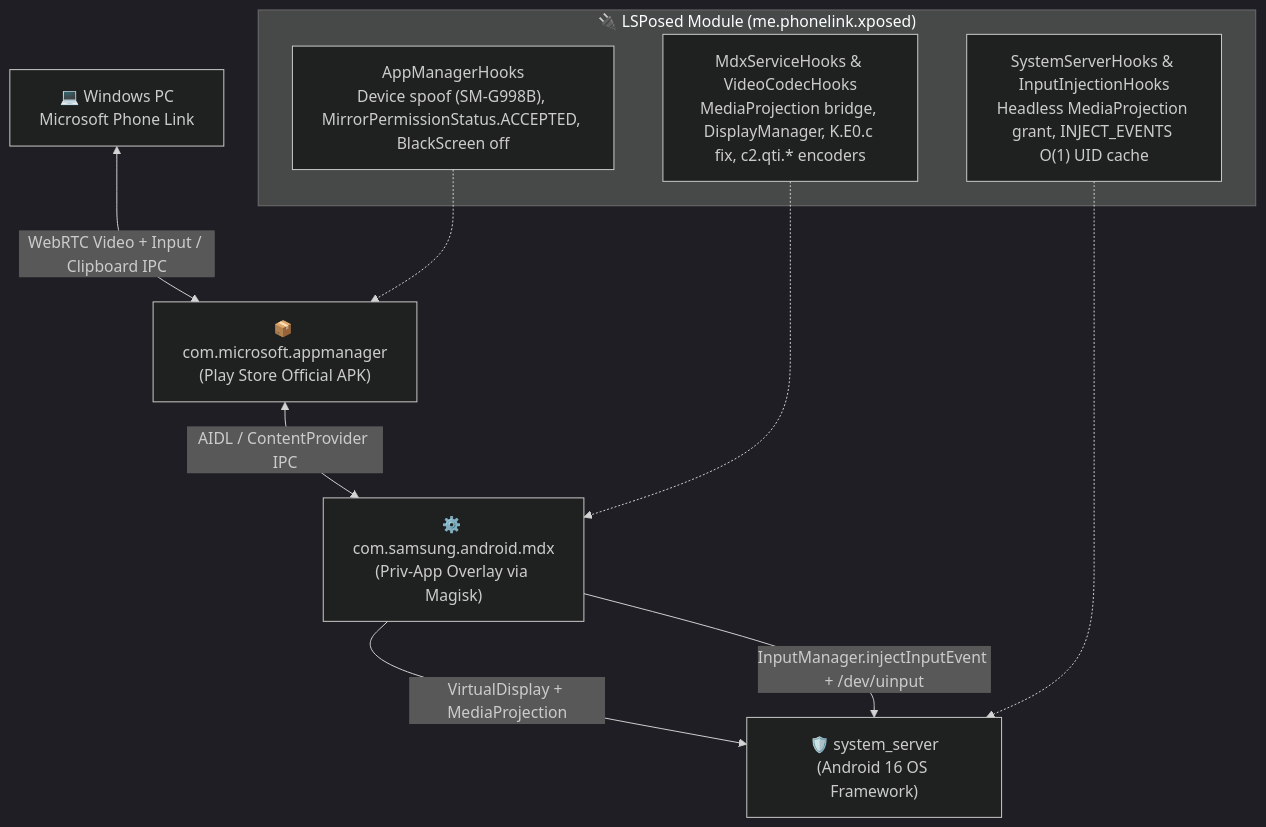
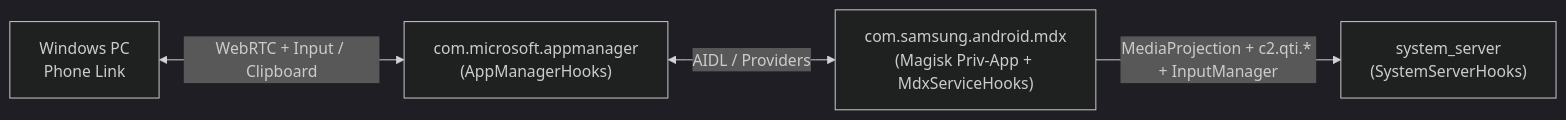
Before and after one commit to Fleshoo/phonelink-aosp-module: the diagram in README.md, drawn with Mermaid (dark theme). The commit also changed other lines of this file and 7 other files, not shown here.

````diff
--- a/README.md
+++ b/README.md
@@ -32,22 +70,6 @@
 ```mermaid
-flowchart TB
-    PC["💻 Windows PC<br/>Microsoft Phone Link"]
-    AM["📦 com.microsoft.appmanager<br/>(Play Store Official APK)"]
-    MDX["⚙️ com.samsung.android.mdx<br/>(Priv-App Overlay via Magisk)"]
-    SYS["🛡️ system_server<br/>(Android 16 OS Framework)"]
-
-    PC <-->|"WebRTC Video + Input / Clipboard IPC"| AM
-    AM <-->|"AIDL / ContentProvider IPC"| MDX
-    MDX -->|"VirtualDisplay + MediaProjection"| SYS
-    MDX -->|"InputManager.injectInputEvent + /dev/uinput"| SYS
-
-    subgraph LSPosed["🔌 LSPosed Module (me.phonelink.xposed)"]
-        H1["AppManagerHooks<br/>Device spoof (SM-G998B), MirrorPermissionStatus.ACCEPTED, BlackScreen off"]
-        H2["MdxServiceHooks & VideoCodecHooks<br/>MediaProjection bridge, DisplayManager, K.E0.c fix, c2.qti.* encoders"]
-        H3["SystemServerHooks & InputInjectionHooks<br/>Headless MediaProjection grant, INJECT_EVENTS O(1) UID cache"]
-    end
-
-    H1 -.-> AM
-    H2 -.-> MDX
-    H3 -.-> SYS
+flowchart LR
+    PC["Windows PC<br/>Phone Link"] <-->|"WebRTC + Input / Clipboard"| AM["com.microsoft.appmanager<br/>(AppManagerHooks)"]
+    AM <-->|"AIDL / Providers"| MDX["com.samsung.android.mdx<br/>(Magisk Priv-App + MdxServiceHooks)"]
+    MDX -->|"MediaProjection + c2.qti.* + InputManager"| SYS["system_server<br/>(SystemServerHooks)"]
 ```
````
